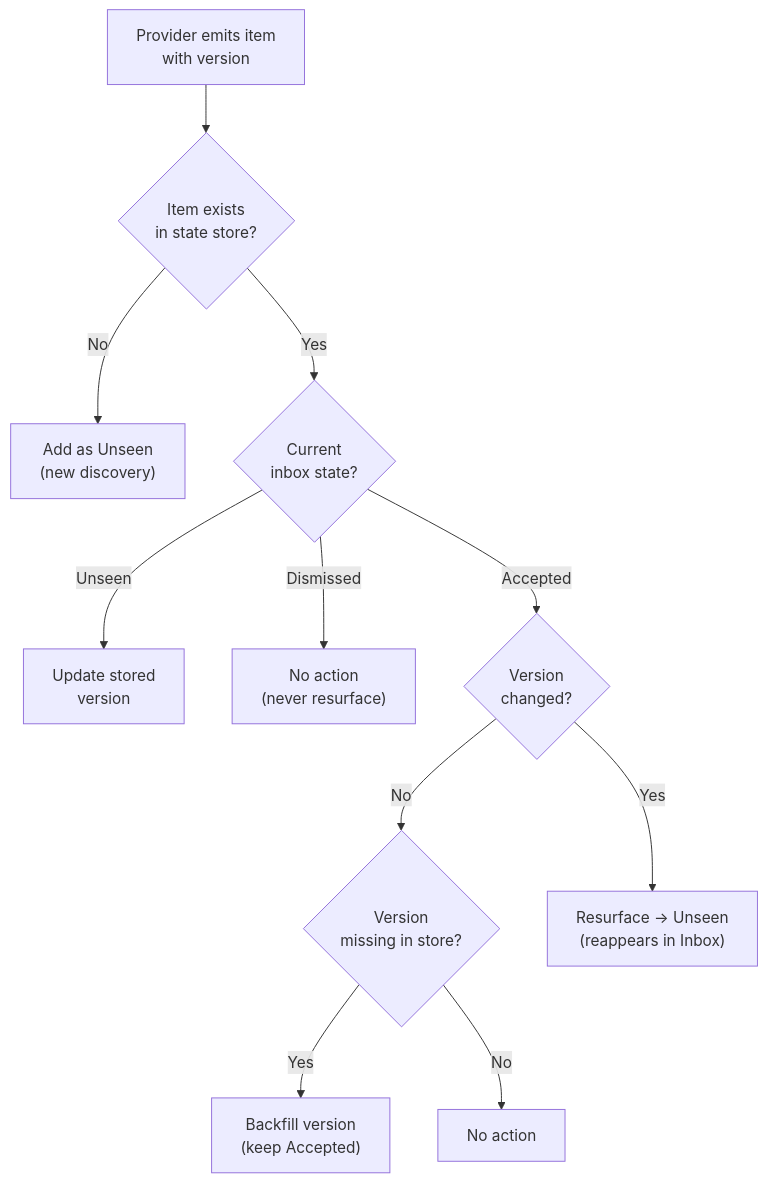
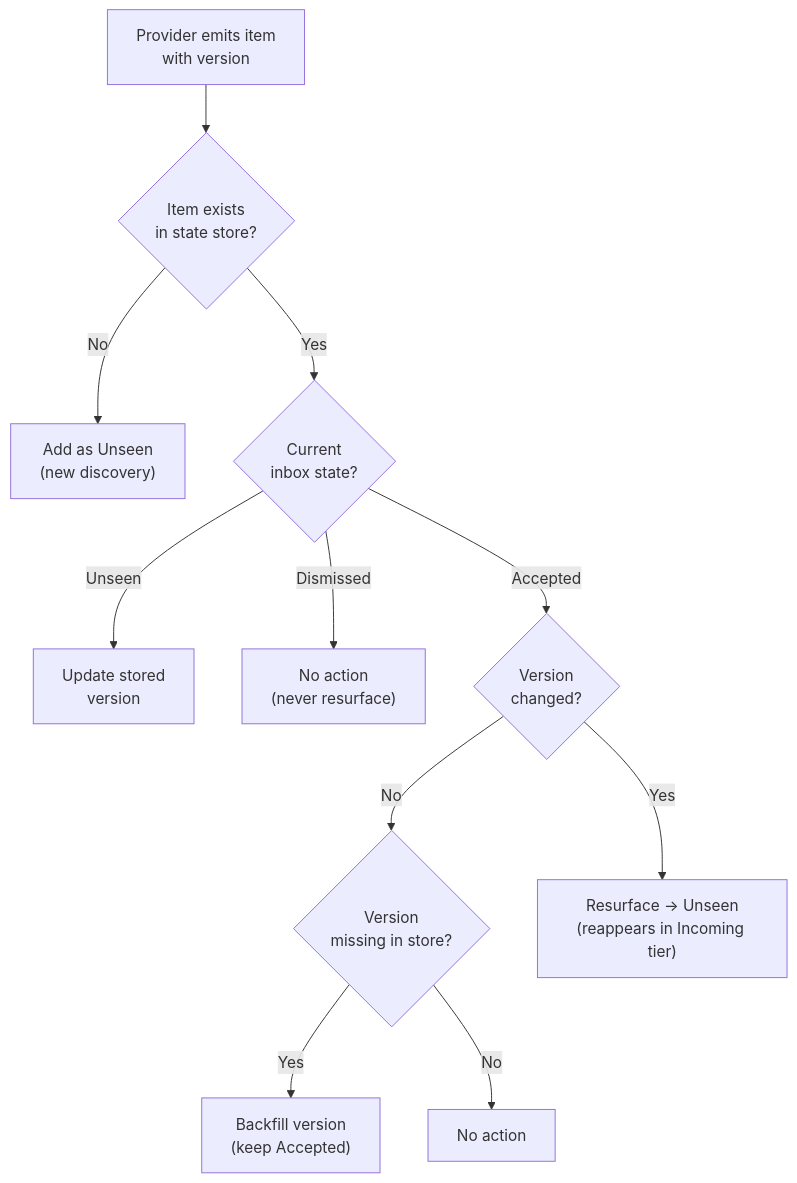
Before and after one commit to devdocket/devdocket: the third of 3 diagrams in docs/provider-discovery.md, drawn with Mermaid. The commit also changed other lines of this file and 10 other files, not shown here.

````diff
--- a/docs/provider-discovery.md
+++ b/docs/provider-discovery.md
@@ -268,13 +268,13 @@
 ```mermaid
 flowchart TD
     A["Provider emits item<br/>with version"] --> B{Item exists<br/>in state store?}
     B -- No --> C["Add as Unseen<br/>(new discovery)"]
     B -- Yes --> D{Current<br/>inbox state?}
     D -- Unseen --> E["Update stored<br/>version"]
     D -- Dismissed --> F["No action<br/>(never resurface)"]
     D -- Accepted --> G{Version<br/>changed?}
     G -- No --> H{Version<br/>missing in store?}
     H -- Yes --> I["Backfill version<br/>(keep Accepted)"]
     H -- No --> J["No action"]
-    G -- Yes --> K["Resurface → Unseen<br/>(reappears in Inbox)"]
+    G -- Yes --> K["Resurface → Unseen<br/>(reappears in Incoming tier)"]
 ```
````
